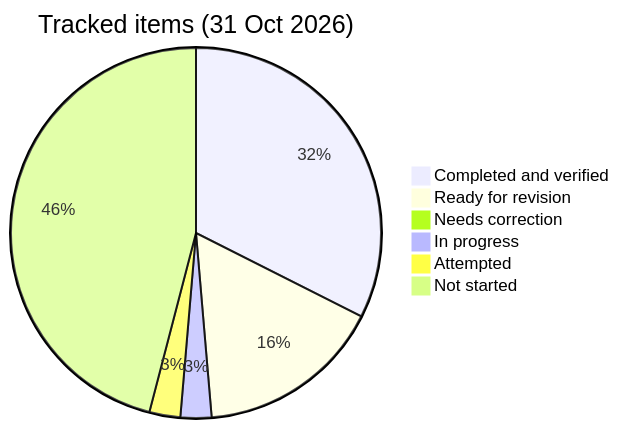
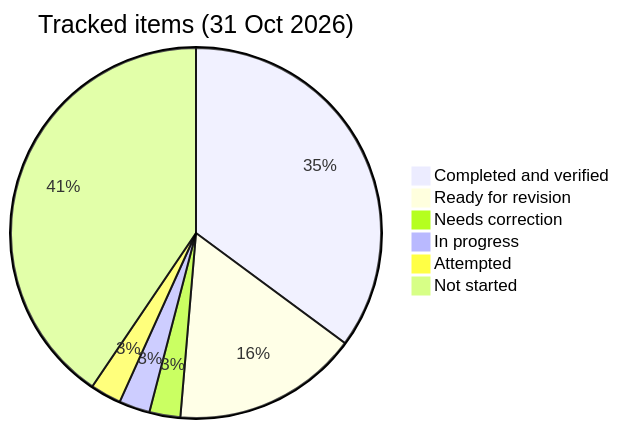
One commit to PrashantSury/java-switch-journey changed the diagram in PROGRESS.md. Above: the diagram before and after it, drawn with Mermaid. The commit also changed other lines of this file, not shown here.

Commit message:
Day 09 review: update PROGRESS.md (ArrayStackRedo7 verified, RpnEvaluatorRedo7 needs correction)

````diff
--- a/PROGRESS.md
+++ b/PROGRESS.md
@@ -144,9 +144,9 @@
 ```mermaid
 pie title Tracked items (31 Oct 2026)
-  "Completed and verified" : 12
+  "Completed and verified" : 13
   "Ready for revision" : 6
-  "Needs correction" : 0
+  "Needs correction" : 1
   "In progress" : 1
   "Attempted" : 1
-  "Not started" : 17
+  "Not started" : 15
 ```
````
